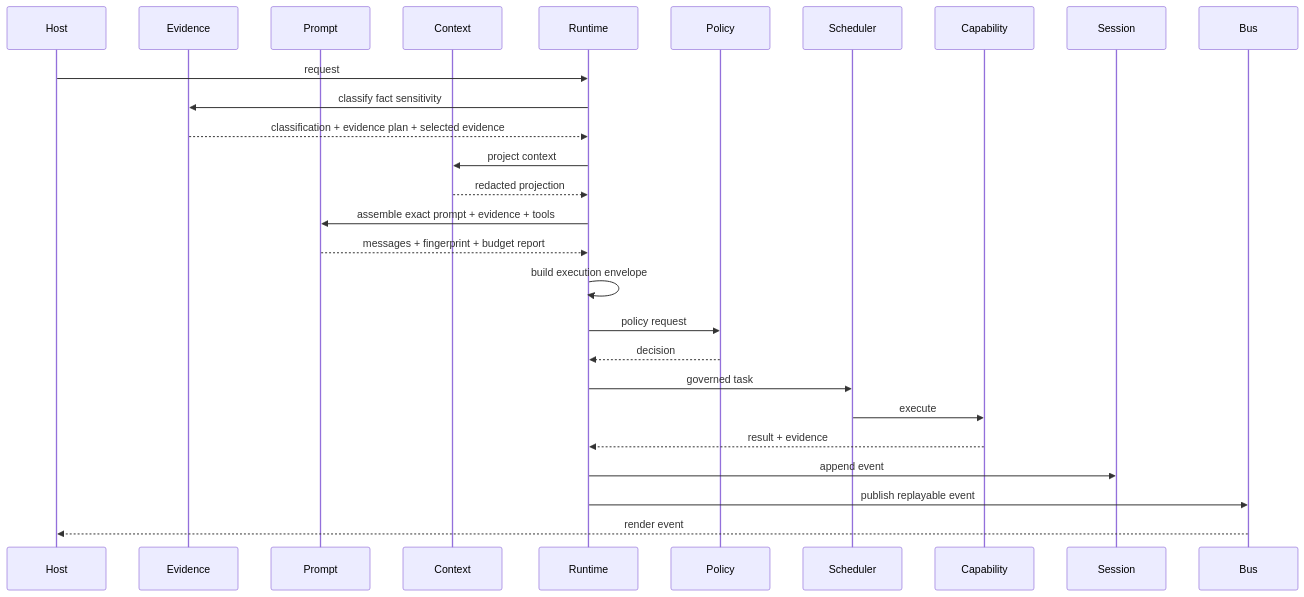
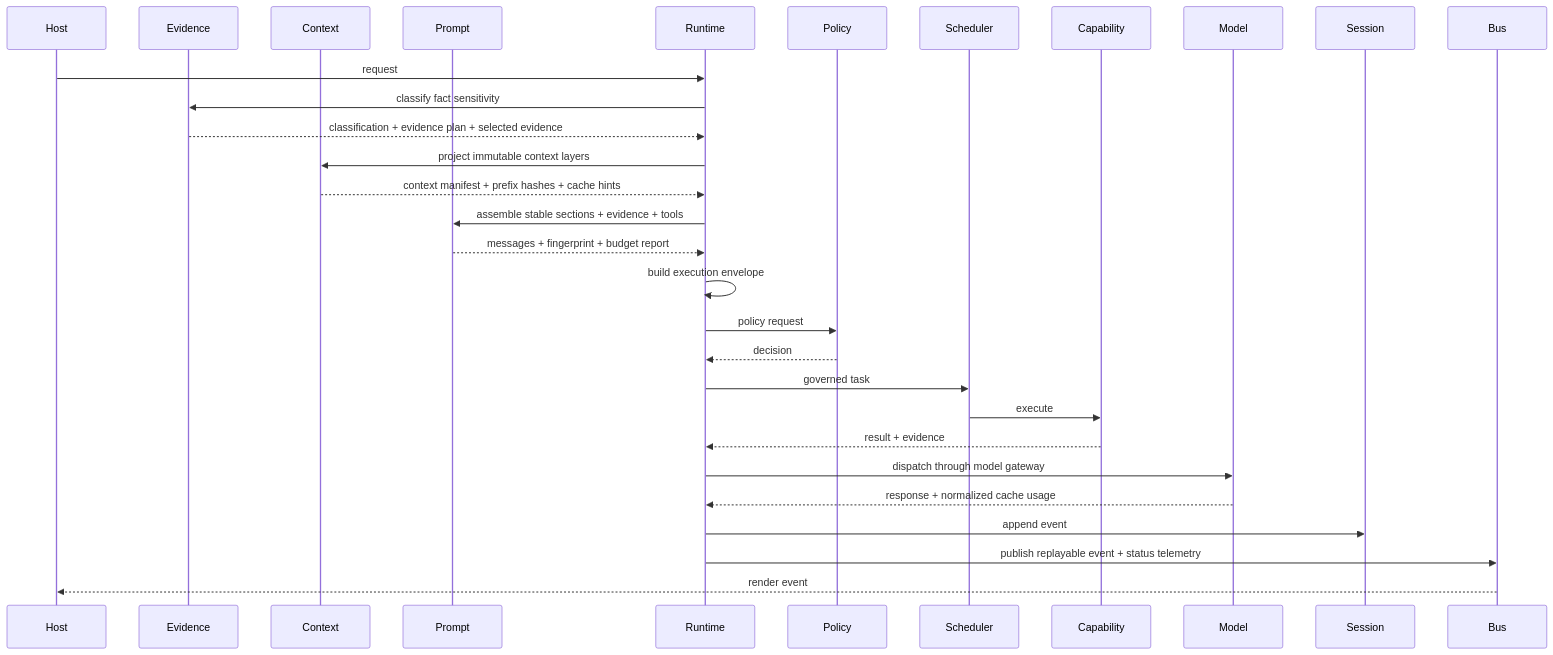
The diagram in docs/architecture/execution-model.md (ankye/deepseek-cli), drawn with Mermaid before and after one commit. The commit also changed other lines of this file and 297 other files, not shown here.

````diff
--- a/docs/architecture/execution-model.md
+++ b/docs/architecture/execution-model.md
@@ -9,30 +9,33 @@
 ```mermaid
 sequenceDiagram
   participant Host
   participant Evidence
+  participant Context
   participant Prompt
-  participant Context
   participant Runtime
   participant Policy
   participant Scheduler
   participant Capability
+  participant Model
   participant Session
   participant Bus
 
   Host->>Runtime: request
   Runtime->>Evidence: classify fact sensitivity
   Evidence-->>Runtime: classification + evidence plan + selected evidence
-  Runtime->>Context: project context
-  Context-->>Runtime: redacted projection
-  Runtime->>Prompt: assemble exact prompt + evidence + tools
+  Runtime->>Context: project immutable context layers
+  Context-->>Runtime: context manifest + prefix hashes + cache hints
+  Runtime->>Prompt: assemble stable sections + evidence + tools
   Prompt-->>Runtime: messages + fingerprint + budget report
   Runtime->>Runtime: build execution envelope
   Runtime->>Policy: policy request
   Policy-->>Runtime: decision
   Runtime->>Scheduler: governed task
   Scheduler->>Capability: execute
   Capability-->>Runtime: result + evidence
+  Runtime->>Model: dispatch through model gateway
+  Model-->>Runtime: response + normalized cache usage
   Runtime->>Session: append event
-  Runtime->>Bus: publish replayable event
+  Runtime->>Bus: publish replayable event + status telemetry
   Bus-->>Host: render event
 ```
````
